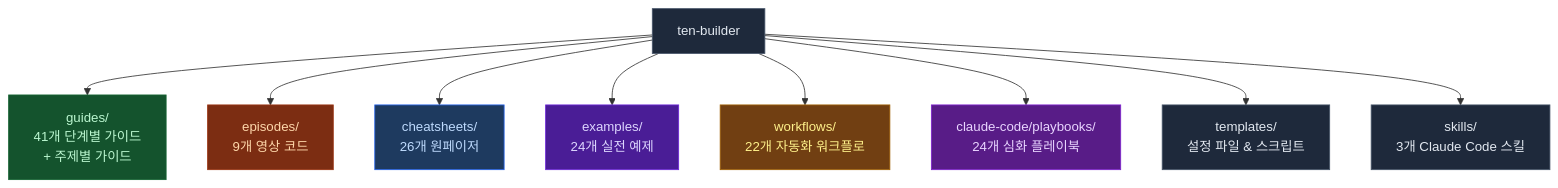
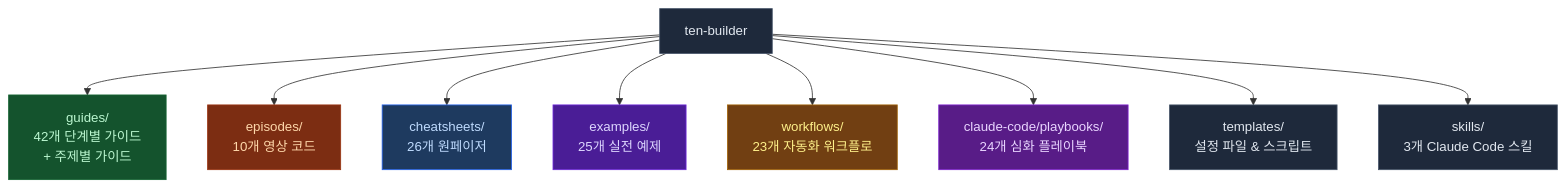
The first of 2 diagrams in README.md (AndrewRoh/ten-builder), drawn with Mermaid before and after one commit. The commit also changed other lines of this file, not shown here.

Commit message:
docs: README sync -- add guides 37-42, EP09-10, new cheatsheets/workflows/examples/playbooks

````diff
--- a/README.md
+++ b/README.md
@@ -23,21 +23,21 @@
 ```mermaid
 flowchart TD
-    R["ten-builder"] --> G["guides/\n41개 단계별 가이드\n+ 주제별 가이드"]
-    R --> E["episodes/\n9개 영상 코드"]
+    R["ten-builder"] --> G["guides/\n42개 단계별 가이드\n+ 주제별 가이드"]
+    R --> E["episodes/\n10개 영상 코드"]
     R --> C["cheatsheets/\n26개 원페이저"]
-    R --> EX["examples/\n24개 실전 예제"]
-    R --> W["workflows/\n22개 자동화 워크플로"]
+    R --> EX["examples/\n25개 실전 예제"]
+    R --> W["workflows/\n23개 자동화 워크플로"]
     R --> P["claude-code/playbooks/\n24개 심화 플레이북"]
     R --> T["templates/\n설정 파일 & 스크립트"]
     R --> S["skills/\n3개 Claude Code 스킬"]
 
     style R fill:#1e293b,stroke:#475569,color:#e2e8f0
     style G fill:#14532d,stroke:#166534,color:#bbf7d0
     style E fill:#7c2d12,stroke:#9a3412,color:#fed7aa
     style C fill:#1e3a5f,stroke:#2563eb,color:#bfdbfe
     style EX fill:#4a1d96,stroke:#6d28d9,color:#ddd6fe
     style W fill:#713f12,stroke:#a16207,color:#fef08a
     style P fill:#581c87,stroke:#7e22ce,color:#e9d5ff
     style T fill:#1e293b,stroke:#475569,color:#e2e8f0
     style S fill:#1e293b,stroke:#475569,color:#e2e8f0
 ```
````
